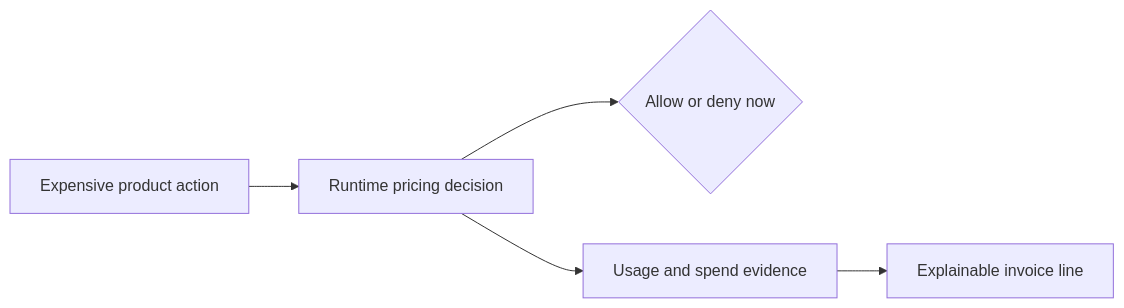
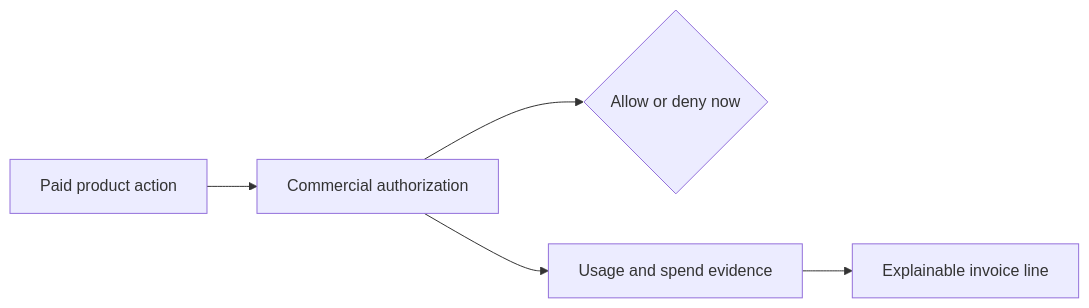
The diagram in docs/brand/brand-narrative.md (jhonsfran/unprice), drawn with Mermaid before and after one commit. The commit also changed other lines of this file and 17 other files, not shown here.

````diff
--- a/docs/brand/brand-narrative.md
+++ b/docs/brand/brand-narrative.md
@@ -56,7 +58,7 @@
 ```mermaid
 flowchart LR
-  Action["Expensive product action"] --> Check["Runtime pricing decision"]
+  Action["Paid product action"] --> Check["Commercial authorization"]
   Check --> Allowed{"Allow or deny now"}
   Check --> Evidence["Usage and spend evidence"]
   Evidence --> Invoice["Explainable invoice line"]
 ```
````
